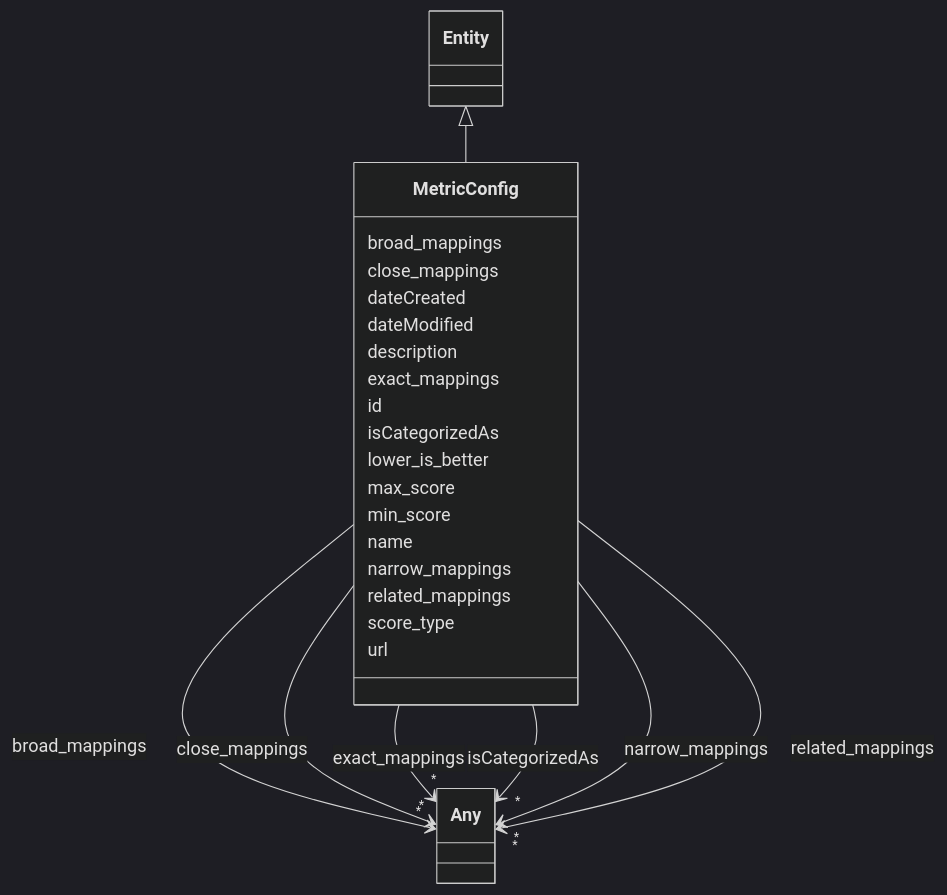
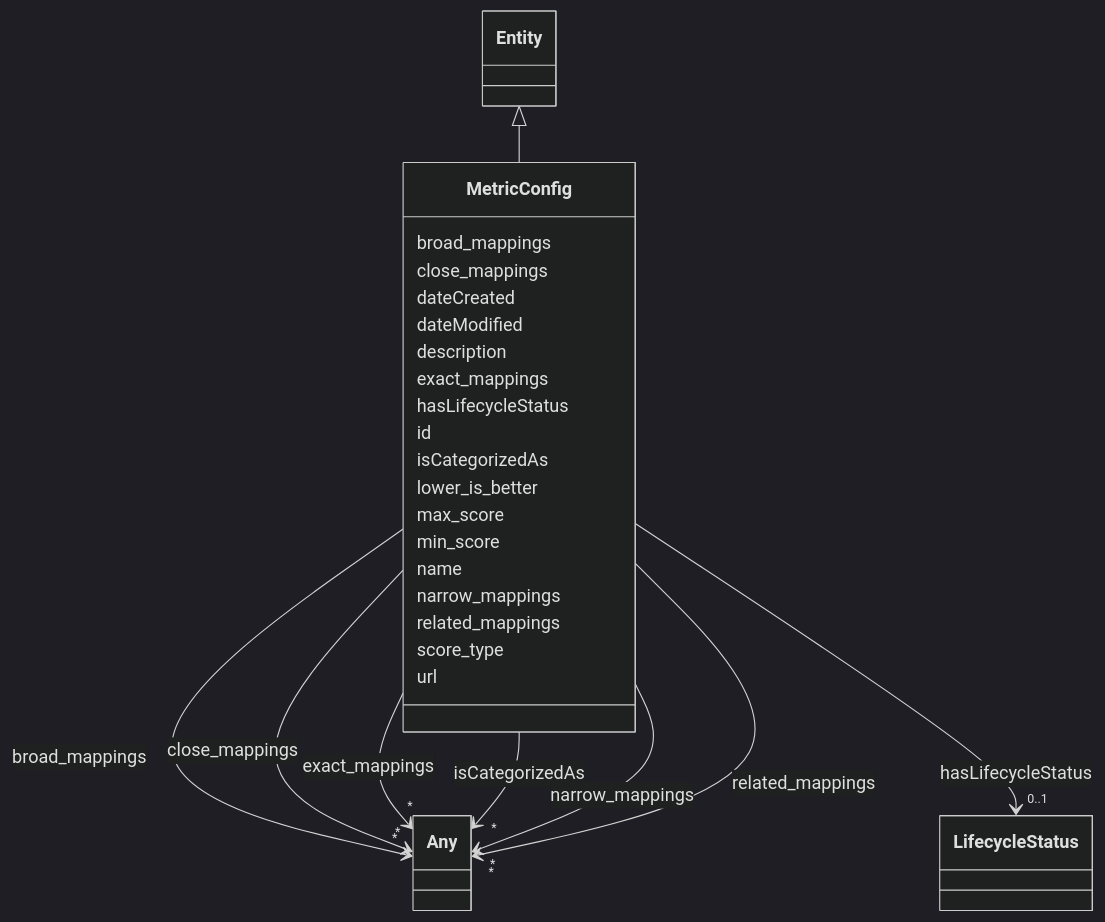
Before and after one commit to ingelise/risk-atlas-nexus: the diagram in docs/ontology/MetricConfig.md, drawn with Mermaid (dark theme). The commit also changed other lines of this file and 206 other files, not shown here.

```diff
--- a/docs/ontology/MetricConfig.md
+++ b/docs/ontology/MetricConfig.md
@@ -54,6 +54,17 @@
 
         MetricConfig --> "*" Any : exact_mappings
         click Any href "../Any/"
+
+
+
+      MetricConfig : hasLifecycleStatus
+
+
+
+
+
+        MetricConfig --> "0..1" LifecycleStatus : hasLifecycleStatus
+        click LifecycleStatus href "../LifecycleStatus/"
 
 
 
```
